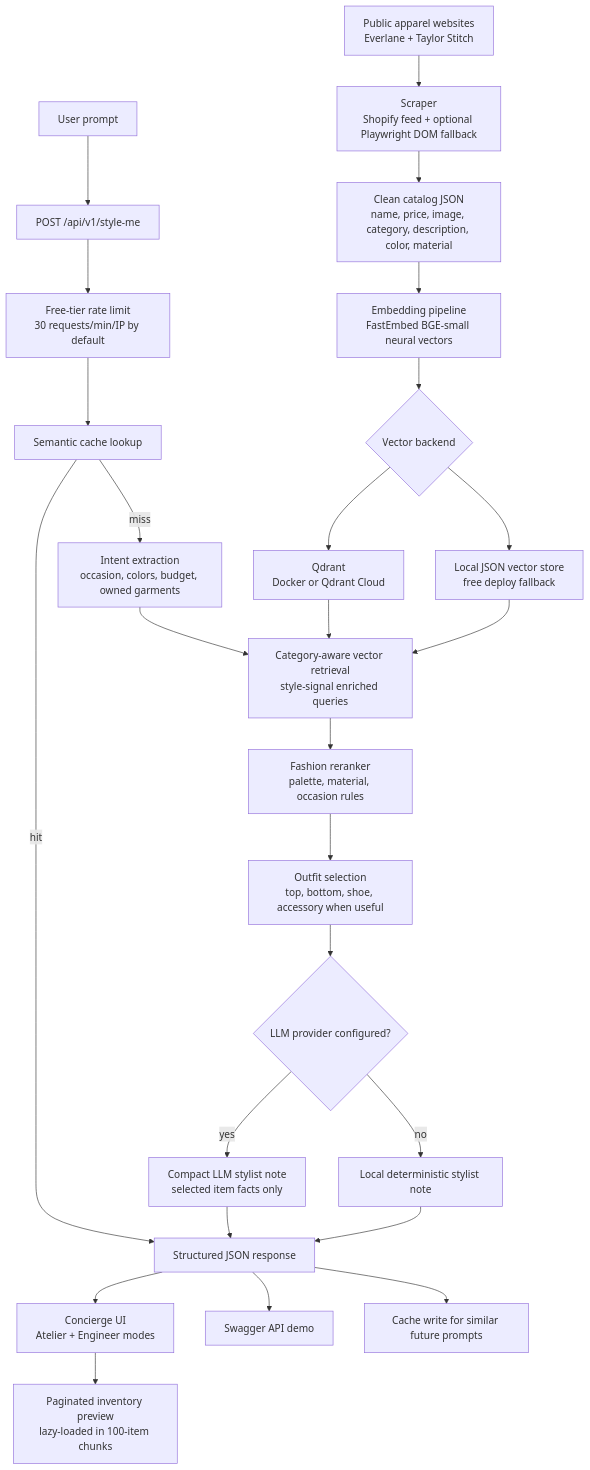
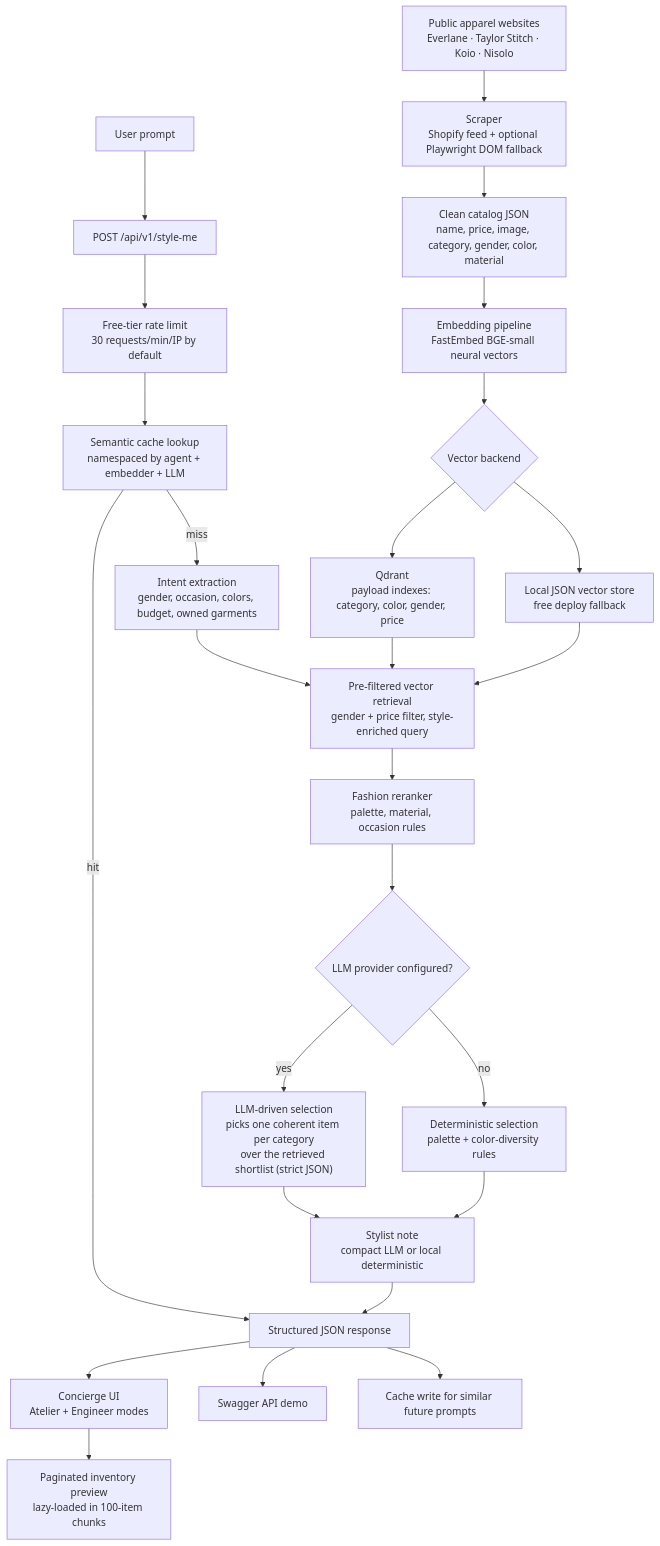
One commit to RUiNtheExtinct/quickeee-luxury-stylist-concierge changed the diagram in SYSTEM_FLOW.md. Above: the diagram before and after it, drawn with Mermaid. The commit also changed 27 other files, not shown here.

````diff
--- a/SYSTEM_FLOW.md
+++ b/SYSTEM_FLOW.md
@@ -3,28 +3,28 @@
 ```mermaid
 flowchart TD
-    A["Public apparel websites<br/>Everlane + Taylor Stitch"] --> B["Scraper<br/>Shopify feed + optional Playwright DOM fallback"]
-    B --> C["Clean catalog JSON<br/>name, price, image, category, description, color, material"]
+    A["Public apparel websites<br/>Everlane · Taylor Stitch · Koio · Nisolo"] --> B["Scraper<br/>Shopify feed + optional Playwright DOM fallback"]
+    B --> C["Clean catalog JSON<br/>name, price, image, category, gender, color, material"]
     C --> D["Embedding pipeline<br/>FastEmbed BGE-small neural vectors"]
     D --> E{"Vector backend"}
-    E --> F["Qdrant<br/>Docker or Qdrant Cloud"]
+    E --> F["Qdrant<br/>payload indexes: category, color, gender, price"]
     E --> G["Local JSON vector store<br/>free deploy fallback"]
     H["User prompt"] --> I["POST /api/v1/style-me"]
     I --> U["Free-tier rate limit<br/>30 requests/min/IP by default"]
-    U --> J["Semantic cache lookup"]
+    U --> J["Semantic cache lookup<br/>namespaced by agent + embedder + LLM"]
     J -->|hit| R["Structured JSON response"]
-    J -->|miss| K["Intent extraction<br/>occasion, colors, budget, owned garments"]
-    K --> L["Category-aware vector retrieval<br/>style-signal enriched queries"]
+    J -->|miss| K["Intent extraction<br/>gender, occasion, colors, budget, owned garments"]
+    K --> L["Pre-filtered vector retrieval<br/>gender + price filter, style-enriched query"]
     F --> L
     G --> L
     L --> M["Fashion reranker<br/>palette, material, occasion rules"]
-    M --> N["Outfit selection<br/>top, bottom, shoe, accessory when useful"]
-    N --> O{"LLM provider configured?"}
-    O -->|yes| P["Compact LLM stylist note<br/>selected item facts only"]
-    O -->|no| Q["Local deterministic stylist note"]
-    P --> R
+    M --> N{"LLM provider configured?"}
+    N -->|yes| O["LLM-driven selection<br/>picks one coherent item per category<br/>over the retrieved shortlist (strict JSON)"]
+    N -->|no| P["Deterministic selection<br/>palette + color-diversity rules"]
+    O --> Q["Stylist note<br/>compact LLM or local deterministic"]
+    P --> Q
     Q --> R
     R --> S["Concierge UI<br/>Atelier + Engineer modes"]
     S --> W["Paginated inventory preview<br/>lazy-loaded in 100-item chunks"]
     R --> V["Swagger API demo"]
     R --> T["Cache write for similar future prompts"]
 ```
````
